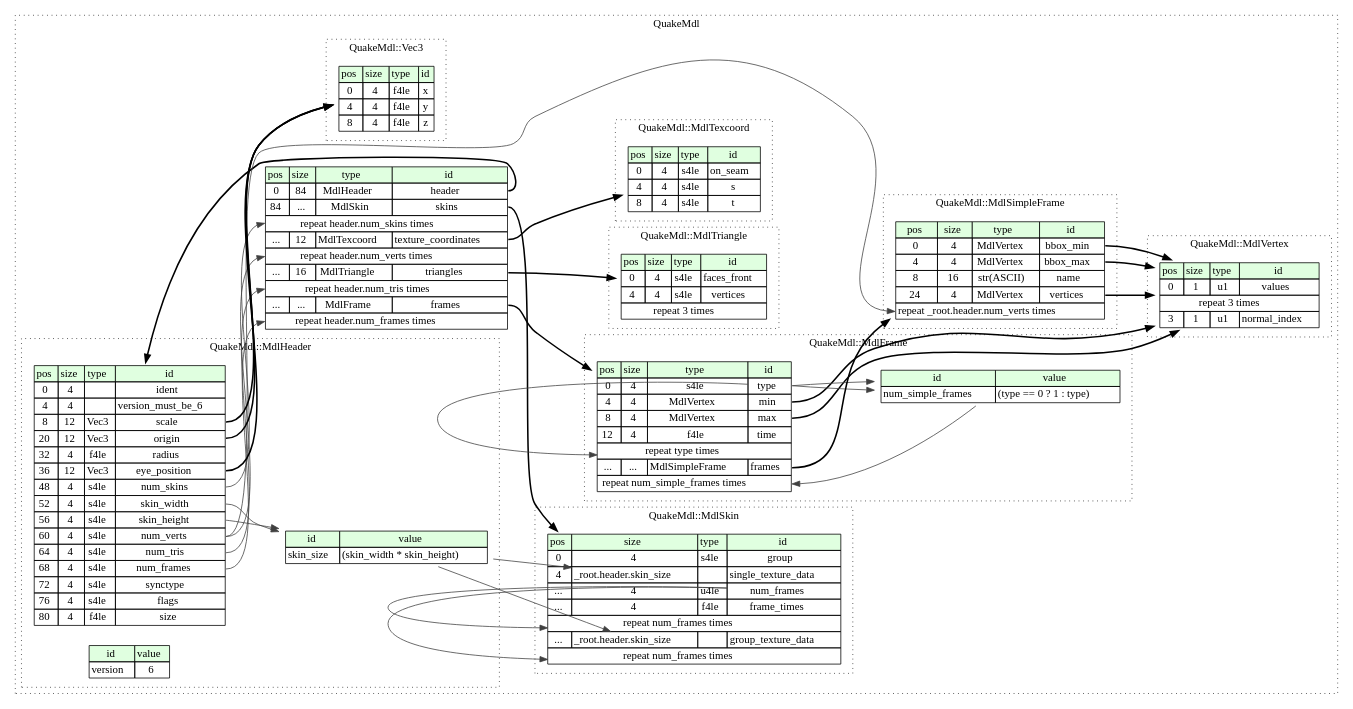
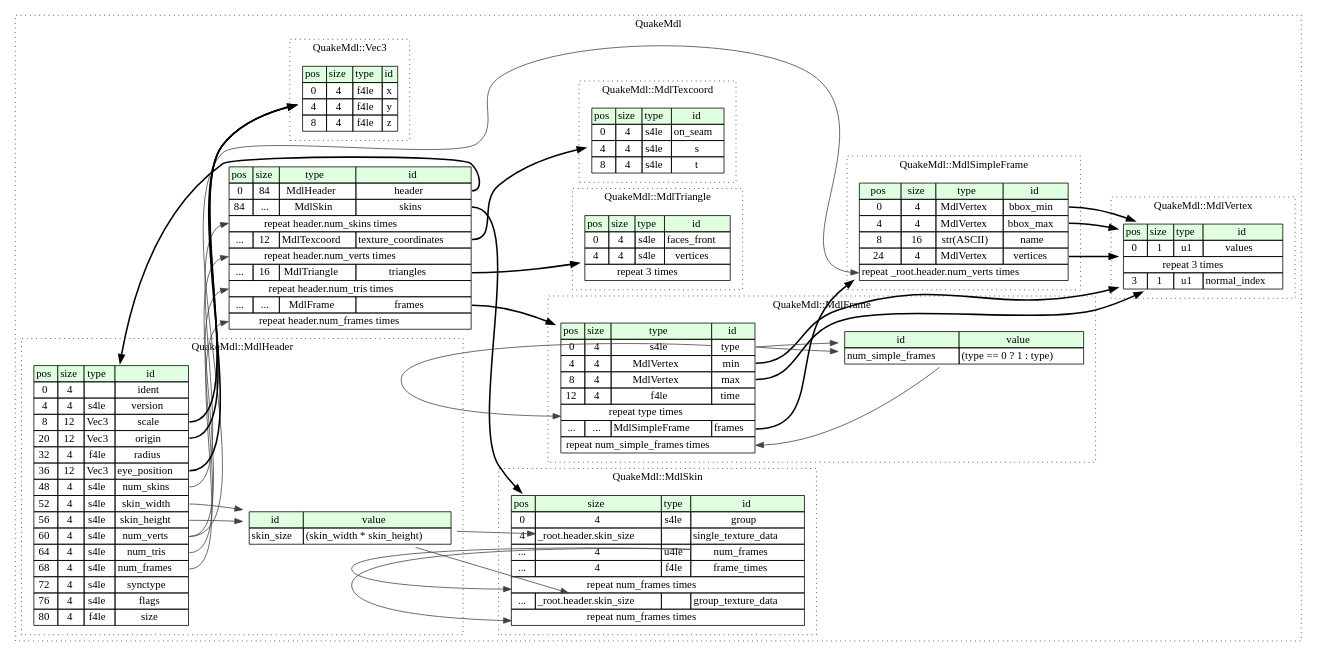
One commit to kaitai-io/formats-kaitai-io.github.io changed the diagram in quake_mdl/src/graphviz/quake_mdl.dot. Above: the diagram before and after it, drawn with Graphviz. The commit also changed 30 other files, not shown here.

```diff
--- a/quake_mdl/src/graphviz/quake_mdl.dot
+++ b/quake_mdl/src/graphviz/quake_mdl.dot
@@ -1,172 +1,168 @@
 digraph {
 	rankdir=LR;
 	node [shape=plaintext];
 	subgraph cluster__quake_mdl {
 		label="QuakeMdl";
 		graph[style=dotted];
 
 		quake_mdl__seq [label=<<TABLE BORDER="0" CELLBORDER="1" CELLSPACING="0">
 			<TR><TD BGCOLOR="#E0FFE0">pos</TD><TD BGCOLOR="#E0FFE0">size</TD><TD BGCOLOR="#E0FFE0">type</TD><TD BGCOLOR="#E0FFE0">id</TD></TR>
 			<TR><TD PORT="header_pos">0</TD><TD PORT="header_size">84</TD><TD>MdlHeader</TD><TD PORT="header_type">header</TD></TR>
 			<TR><TD PORT="skins_pos">84</TD><TD PORT="skins_size">...</TD><TD>MdlSkin</TD><TD PORT="skins_type">skins</TD></TR>
 			<TR><TD COLSPAN="4" PORT="skins__repeat">repeat header.num_skins times</TD></TR>
 			<TR><TD PORT="texture_coordinates_pos">...</TD><TD PORT="texture_coordinates_size">12</TD><TD>MdlTexcoord</TD><TD PORT="texture_coordinates_type">texture_coordinates</TD></TR>
 			<TR><TD COLSPAN="4" PORT="texture_coordinates__repeat">repeat header.num_verts times</TD></TR>
 			<TR><TD PORT="triangles_pos">...</TD><TD PORT="triangles_size">16</TD><TD>MdlTriangle</TD><TD PORT="triangles_type">triangles</TD></TR>
 			<TR><TD COLSPAN="4" PORT="triangles__repeat">repeat header.num_tris times</TD></TR>
 			<TR><TD PORT="frames_pos">...</TD><TD PORT="frames_size">...</TD><TD>MdlFrame</TD><TD PORT="frames_type">frames</TD></TR>
 			<TR><TD COLSPAN="4" PORT="frames__repeat">repeat header.num_frames times</TD></TR>
 		</TABLE>>];
 		subgraph cluster__mdl_vertex {
 			label="QuakeMdl::MdlVertex";
 			graph[style=dotted];
 
 			mdl_vertex__seq [label=<<TABLE BORDER="0" CELLBORDER="1" CELLSPACING="0">
 				<TR><TD BGCOLOR="#E0FFE0">pos</TD><TD BGCOLOR="#E0FFE0">size</TD><TD BGCOLOR="#E0FFE0">type</TD><TD BGCOLOR="#E0FFE0">id</TD></TR>
 				<TR><TD PORT="values_pos">0</TD><TD PORT="values_size">1</TD><TD>u1</TD><TD PORT="values_type">values</TD></TR>
 				<TR><TD COLSPAN="4" PORT="values__repeat">repeat 3 times</TD></TR>
 				<TR><TD PORT="normal_index_pos">3</TD><TD PORT="normal_index_size">1</TD><TD>u1</TD><TD PORT="normal_index_type">normal_index</TD></TR>
 			</TABLE>>];
 		}
 		subgraph cluster__mdl_texcoord {
 			label="QuakeMdl::MdlTexcoord";
 			graph[style=dotted];
 
 			mdl_texcoord__seq [label=<<TABLE BORDER="0" CELLBORDER="1" CELLSPACING="0">
 				<TR><TD BGCOLOR="#E0FFE0">pos</TD><TD BGCOLOR="#E0FFE0">size</TD><TD BGCOLOR="#E0FFE0">type</TD><TD BGCOLOR="#E0FFE0">id</TD></TR>
 				<TR><TD PORT="on_seam_pos">0</TD><TD PORT="on_seam_size">4</TD><TD>s4le</TD><TD PORT="on_seam_type">on_seam</TD></TR>
 				<TR><TD PORT="s_pos">4</TD><TD PORT="s_size">4</TD><TD>s4le</TD><TD PORT="s_type">s</TD></TR>
 				<TR><TD PORT="t_pos">8</TD><TD PORT="t_size">4</TD><TD>s4le</TD><TD PORT="t_type">t</TD></TR>
 			</TABLE>>];
 		}
 		subgraph cluster__mdl_header {
 			label="QuakeMdl::MdlHeader";
 			graph[style=dotted];
 
 			mdl_header__seq [label=<<TABLE BORDER="0" CELLBORDER="1" CELLSPACING="0">
 				<TR><TD BGCOLOR="#E0FFE0">pos</TD><TD BGCOLOR="#E0FFE0">size</TD><TD BGCOLOR="#E0FFE0">type</TD><TD BGCOLOR="#E0FFE0">id</TD></TR>
 				<TR><TD PORT="ident_pos">0</TD><TD PORT="ident_size">4</TD><TD></TD><TD PORT="ident_type">ident</TD></TR>
-				<TR><TD PORT="version_must_be_6_pos">4</TD><TD PORT="version_must_be_6_size">4</TD><TD></TD><TD PORT="version_must_be_6_type">version_must_be_6</TD></TR>
+				<TR><TD PORT="version_pos">4</TD><TD PORT="version_size">4</TD><TD>s4le</TD><TD PORT="version_type">version</TD></TR>
 				<TR><TD PORT="scale_pos">8</TD><TD PORT="scale_size">12</TD><TD>Vec3</TD><TD PORT="scale_type">scale</TD></TR>
 				<TR><TD PORT="origin_pos">20</TD><TD PORT="origin_size">12</TD><TD>Vec3</TD><TD PORT="origin_type">origin</TD></TR>
 				<TR><TD PORT="radius_pos">32</TD><TD PORT="radius_size">4</TD><TD>f4le</TD><TD PORT="radius_type">radius</TD></TR>
 				<TR><TD PORT="eye_position_pos">36</TD><TD PORT="eye_position_size">12</TD><TD>Vec3</TD><TD PORT="eye_position_type">eye_position</TD></TR>
 				<TR><TD PORT="num_skins_pos">48</TD><TD PORT="num_skins_size">4</TD><TD>s4le</TD><TD PORT="num_skins_type">num_skins</TD></TR>
 				<TR><TD PORT="skin_width_pos">52</TD><TD PORT="skin_width_size">4</TD><TD>s4le</TD><TD PORT="skin_width_type">skin_width</TD></TR>
 				<TR><TD PORT="skin_height_pos">56</TD><TD PORT="skin_height_size">4</TD><TD>s4le</TD><TD PORT="skin_height_type">skin_height</TD></TR>
 				<TR><TD PORT="num_verts_pos">60</TD><TD PORT="num_verts_size">4</TD><TD>s4le</TD><TD PORT="num_verts_type">num_verts</TD></TR>
 				<TR><TD PORT="num_tris_pos">64</TD><TD PORT="num_tris_size">4</TD><TD>s4le</TD><TD PORT="num_tris_type">num_tris</TD></TR>
 				<TR><TD PORT="num_frames_pos">68</TD><TD PORT="num_frames_size">4</TD><TD>s4le</TD><TD PORT="num_frames_type">num_frames</TD></TR>
 				<TR><TD PORT="synctype_pos">72</TD><TD PORT="synctype_size">4</TD><TD>s4le</TD><TD PORT="synctype_type">synctype</TD></TR>
 				<TR><TD PORT="flags_pos">76</TD><TD PORT="flags_size">4</TD><TD>s4le</TD><TD PORT="flags_type">flags</TD></TR>
 				<TR><TD PORT="size_pos">80</TD><TD PORT="size_size">4</TD><TD>f4le</TD><TD PORT="size_type">size</TD></TR>
-			</TABLE>>];
-			mdl_header__inst__version [label=<<TABLE BORDER="0" CELLBORDER="1" CELLSPACING="0">
-				<TR><TD BGCOLOR="#E0FFE0">id</TD><TD BGCOLOR="#E0FFE0">value</TD></TR>
-				<TR><TD>version</TD><TD>6</TD></TR>
 			</TABLE>>];
 			mdl_header__inst__skin_size [label=<<TABLE BORDER="0" CELLBORDER="1" CELLSPACING="0">
 				<TR><TD BGCOLOR="#E0FFE0">id</TD><TD BGCOLOR="#E0FFE0">value</TD></TR>
 				<TR><TD>skin_size</TD><TD>(skin_width * skin_height)</TD></TR>
 			</TABLE>>];
 		}
 		subgraph cluster__mdl_skin {
 			label="QuakeMdl::MdlSkin";
 			graph[style=dotted];
 
 			mdl_skin__seq [label=<<TABLE BORDER="0" CELLBORDER="1" CELLSPACING="0">
 				<TR><TD BGCOLOR="#E0FFE0">pos</TD><TD BGCOLOR="#E0FFE0">size</TD><TD BGCOLOR="#E0FFE0">type</TD><TD BGCOLOR="#E0FFE0">id</TD></TR>
 				<TR><TD PORT="group_pos">0</TD><TD PORT="group_size">4</TD><TD>s4le</TD><TD PORT="group_type">group</TD></TR>
 				<TR><TD PORT="single_texture_data_pos">4</TD><TD PORT="single_texture_data_size">_root.header.skin_size</TD><TD></TD><TD PORT="single_texture_data_type">single_texture_data</TD></TR>
 				<TR><TD PORT="num_frames_pos">...</TD><TD PORT="num_frames_size">4</TD><TD>u4le</TD><TD PORT="num_frames_type">num_frames</TD></TR>
 				<TR><TD PORT="frame_times_pos">...</TD><TD PORT="frame_times_size">4</TD><TD>f4le</TD><TD PORT="frame_times_type">frame_times</TD></TR>
 				<TR><TD COLSPAN="4" PORT="frame_times__repeat">repeat num_frames times</TD></TR>
 				<TR><TD PORT="group_texture_data_pos">...</TD><TD PORT="group_texture_data_size">_root.header.skin_size</TD><TD></TD><TD PORT="group_texture_data_type">group_texture_data</TD></TR>
 				<TR><TD COLSPAN="4" PORT="group_texture_data__repeat">repeat num_frames times</TD></TR>
 			</TABLE>>];
 		}
 		subgraph cluster__mdl_frame {
 			label="QuakeMdl::MdlFrame";
 			graph[style=dotted];
 
 			mdl_frame__seq [label=<<TABLE BORDER="0" CELLBORDER="1" CELLSPACING="0">
 				<TR><TD BGCOLOR="#E0FFE0">pos</TD><TD BGCOLOR="#E0FFE0">size</TD><TD BGCOLOR="#E0FFE0">type</TD><TD BGCOLOR="#E0FFE0">id</TD></TR>
 				<TR><TD PORT="type_pos">0</TD><TD PORT="type_size">4</TD><TD>s4le</TD><TD PORT="type_type">type</TD></TR>
 				<TR><TD PORT="min_pos">4</TD><TD PORT="min_size">4</TD><TD>MdlVertex</TD><TD PORT="min_type">min</TD></TR>
 				<TR><TD PORT="max_pos">8</TD><TD PORT="max_size">4</TD><TD>MdlVertex</TD><TD PORT="max_type">max</TD></TR>
 				<TR><TD PORT="time_pos">12</TD><TD PORT="time_size">4</TD><TD>f4le</TD><TD PORT="time_type">time</TD></TR>
 				<TR><TD COLSPAN="4" PORT="time__repeat">repeat type times</TD></TR>
 				<TR><TD PORT="frames_pos">...</TD><TD PORT="frames_size">...</TD><TD>MdlSimpleFrame</TD><TD PORT="frames_type">frames</TD></TR>
 				<TR><TD COLSPAN="4" PORT="frames__repeat">repeat num_simple_frames times</TD></TR>
 			</TABLE>>];
 			mdl_frame__inst__num_simple_frames [label=<<TABLE BORDER="0" CELLBORDER="1" CELLSPACING="0">
 				<TR><TD BGCOLOR="#E0FFE0">id</TD><TD BGCOLOR="#E0FFE0">value</TD></TR>
 				<TR><TD>num_simple_frames</TD><TD>(type == 0 ? 1 : type)</TD></TR>
 			</TABLE>>];
 		}
 		subgraph cluster__mdl_simple_frame {
 			label="QuakeMdl::MdlSimpleFrame";
 			graph[style=dotted];
 
 			mdl_simple_frame__seq [label=<<TABLE BORDER="0" CELLBORDER="1" CELLSPACING="0">
 				<TR><TD BGCOLOR="#E0FFE0">pos</TD><TD BGCOLOR="#E0FFE0">size</TD><TD BGCOLOR="#E0FFE0">type</TD><TD BGCOLOR="#E0FFE0">id</TD></TR>
 				<TR><TD PORT="bbox_min_pos">0</TD><TD PORT="bbox_min_size">4</TD><TD>MdlVertex</TD><TD PORT="bbox_min_type">bbox_min</TD></TR>
 				<TR><TD PORT="bbox_max_pos">4</TD><TD PORT="bbox_max_size">4</TD><TD>MdlVertex</TD><TD PORT="bbox_max_type">bbox_max</TD></TR>
 				<TR><TD PORT="name_pos">8</TD><TD PORT="name_size">16</TD><TD>str(ASCII)</TD><TD PORT="name_type">name</TD></TR>
 				<TR><TD PORT="vertices_pos">24</TD><TD PORT="vertices_size">4</TD><TD>MdlVertex</TD><TD PORT="vertices_type">vertices</TD></TR>
 				<TR><TD COLSPAN="4" PORT="vertices__repeat">repeat _root.header.num_verts times</TD></TR>
 			</TABLE>>];
 		}
 		subgraph cluster__mdl_triangle {
 			label="QuakeMdl::MdlTriangle";
 			graph[style=dotted];
 
 			mdl_triangle__seq [label=<<TABLE BORDER="0" CELLBORDER="1" CELLSPACING="0">
 				<TR><TD BGCOLOR="#E0FFE0">pos</TD><TD BGCOLOR="#E0FFE0">size</TD><TD BGCOLOR="#E0FFE0">type</TD><TD BGCOLOR="#E0FFE0">id</TD></TR>
 				<TR><TD PORT="faces_front_pos">0</TD><TD PORT="faces_front_size">4</TD><TD>s4le</TD><TD PORT="faces_front_type">faces_front</TD></TR>
 				<TR><TD PORT="vertices_pos">4</TD><TD PORT="vertices_size">4</TD><TD>s4le</TD><TD PORT="vertices_type">vertices</TD></TR>
 				<TR><TD COLSPAN="4" PORT="vertices__repeat">repeat 3 times</TD></TR>
 			</TABLE>>];
 		}
 		subgraph cluster__vec3 {
 			label="QuakeMdl::Vec3";
 			graph[style=dotted];
 
 			vec3__seq [label=<<TABLE BORDER="0" CELLBORDER="1" CELLSPACING="0">
 				<TR><TD BGCOLOR="#E0FFE0">pos</TD><TD BGCOLOR="#E0FFE0">size</TD><TD BGCOLOR="#E0FFE0">type</TD><TD BGCOLOR="#E0FFE0">id</TD></TR>
 				<TR><TD PORT="x_pos">0</TD><TD PORT="x_size">4</TD><TD>f4le</TD><TD PORT="x_type">x</TD></TR>
 				<TR><TD PORT="y_pos">4</TD><TD PORT="y_size">4</TD><TD>f4le</TD><TD PORT="y_type">y</TD></TR>
 				<TR><TD PORT="z_pos">8</TD><TD PORT="z_size">4</TD><TD>f4le</TD><TD PORT="z_type">z</TD></TR>
 			</TABLE>>];
 		}
 	}
 	quake_mdl__seq:header_type -> mdl_header__seq [style=bold];
 	quake_mdl__seq:skins_type -> mdl_skin__seq [style=bold];
 	mdl_header__seq:num_skins_type -> quake_mdl__seq:skins__repeat [color="#404040"];
 	quake_mdl__seq:texture_coordinates_type -> mdl_texcoord__seq [style=bold];
 	mdl_header__seq:num_verts_type -> quake_mdl__seq:texture_coordinates__repeat [color="#404040"];
 	quake_mdl__seq:triangles_type -> mdl_triangle__seq [style=bold];
 	mdl_header__seq:num_tris_type -> quake_mdl__seq:triangles__repeat [color="#404040"];
 	quake_mdl__seq:frames_type -> mdl_frame__seq [style=bold];
 	mdl_header__seq:num_frames_type -> quake_mdl__seq:frames__repeat [color="#404040"];
 	mdl_header__seq:scale_type -> vec3__seq [style=bold];
 	mdl_header__seq:origin_type -> vec3__seq [style=bold];
 	mdl_header__seq:eye_position_type -> vec3__seq [style=bold];
 	mdl_header__seq:skin_width_type -> mdl_header__inst__skin_size [color="#404040"];
 	mdl_header__seq:skin_height_type -> mdl_header__inst__skin_size [color="#404040"];
 	mdl_header__inst__skin_size:skin_size_type -> mdl_skin__seq:single_texture_data_size [color="#404040"];
 	mdl_skin__seq:num_frames_type -> mdl_skin__seq:frame_times__repeat [color="#404040"];
 	mdl_header__inst__skin_size:skin_size_type -> mdl_skin__seq:group_texture_data_size [color="#404040"];
 	mdl_skin__seq:num_frames_type -> mdl_skin__seq:group_texture_data__repeat [color="#404040"];
 	mdl_frame__seq:min_type -> mdl_vertex__seq [style=bold];
 	mdl_frame__seq:max_type -> mdl_vertex__seq [style=bold];
 	mdl_frame__seq:type_type -> mdl_frame__seq:time__repeat [color="#404040"];
 	mdl_frame__seq:frames_type -> mdl_simple_frame__seq [style=bold];
 	mdl_frame__inst__num_simple_frames:num_simple_frames_type -> mdl_frame__seq:frames__repeat [color="#404040"];
 	mdl_frame__seq:type_type -> mdl_frame__inst__num_simple_frames [color="#404040"];
 	mdl_frame__seq:type_type -> mdl_frame__inst__num_simple_frames [color="#404040"];
 	mdl_simple_frame__seq:bbox_min_type -> mdl_vertex__seq [style=bold];
 	mdl_simple_frame__seq:bbox_max_type -> mdl_vertex__seq [style=bold];
 	mdl_simple_frame__seq:vertices_type -> mdl_vertex__seq [style=bold];
 	mdl_header__seq:num_verts_type -> mdl_simple_frame__seq:vertices__repeat [color="#404040"];
 }
```
